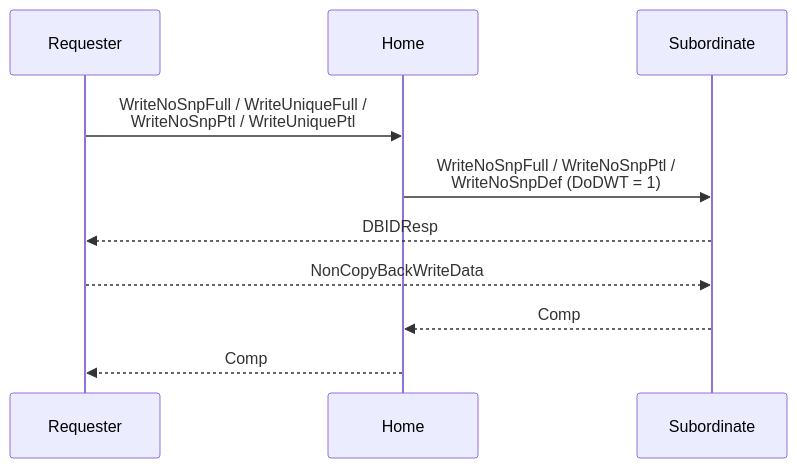
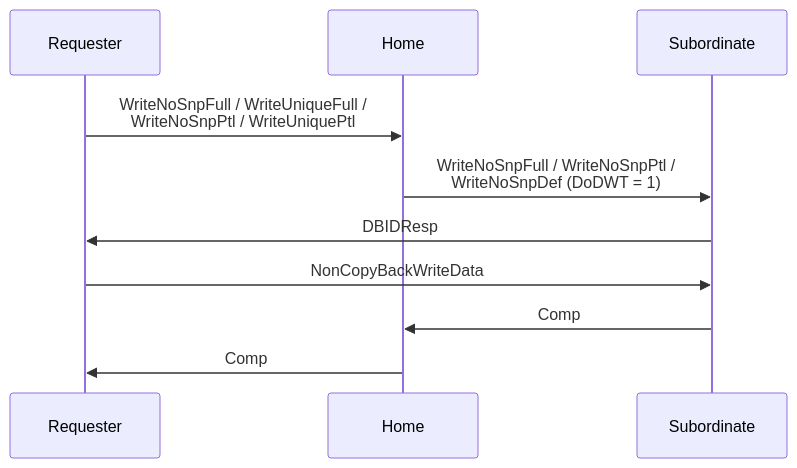
Before and after one commit to ripopov/gem5: the sixth of 14 diagrams in ruby-book/slides/CHI_Protocol_Deck.md, drawn with Mermaid. The commit also changed other lines of this file and 12 other files, not shown here.

Commit message:
ruby: use solid arrows in CHI practice diagrams

````diff
--- a/ruby-book/slides/CHI_Protocol_Deck.md
+++ b/ruby-book/slides/CHI_Protocol_Deck.md
@@ -1159,13 +1159,13 @@
 ```mermaid
 sequenceDiagram
     participant R as Requester
     participant H as Home
     participant S as Subordinate
 
     R->>H: WriteNoSnpFull / WriteUniqueFull /<br/>WriteNoSnpPtl / WriteUniquePtl
     H->>S: WriteNoSnpFull / WriteNoSnpPtl /<br/>WriteNoSnpDef (DoDWT = 1)
-    S-->>R: DBIDResp
-    R-->>S: NonCopyBackWriteData
-    S-->>H: Comp
-    H-->>R: Comp
+    S->>R: DBIDResp
+    R->>S: NonCopyBackWriteData
+    S->>H: Comp
+    H->>R: Comp
 ```
````
